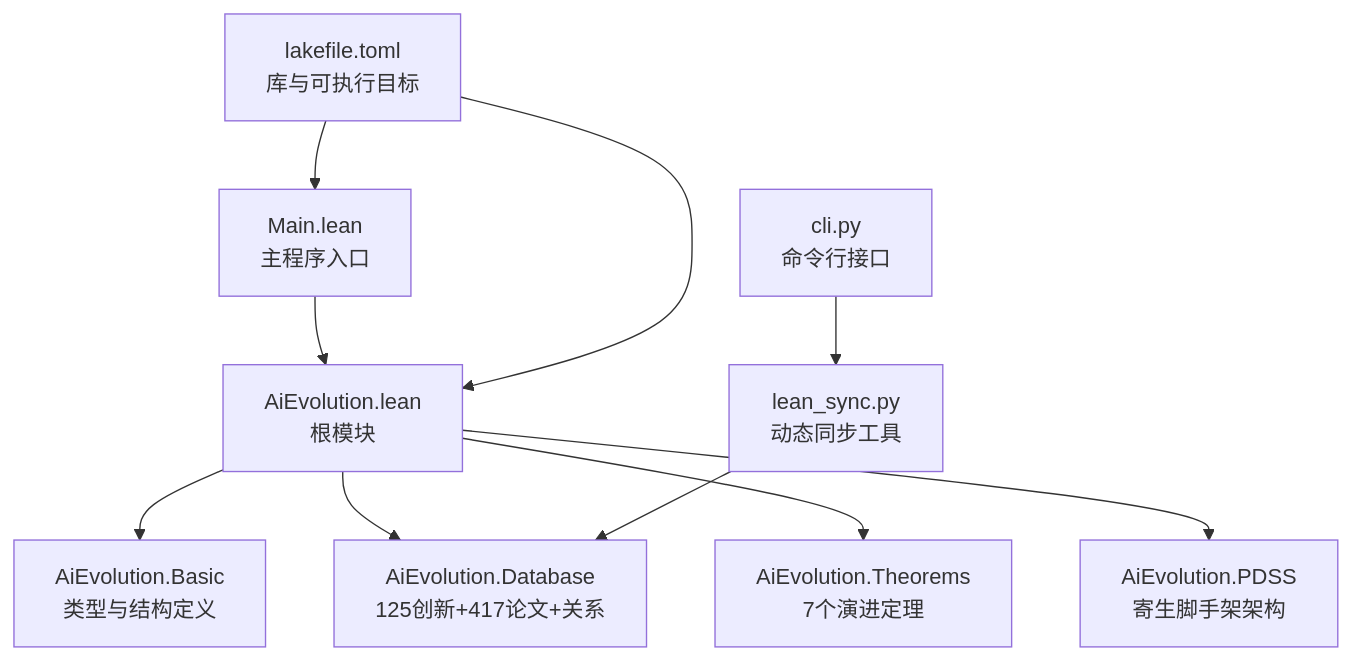
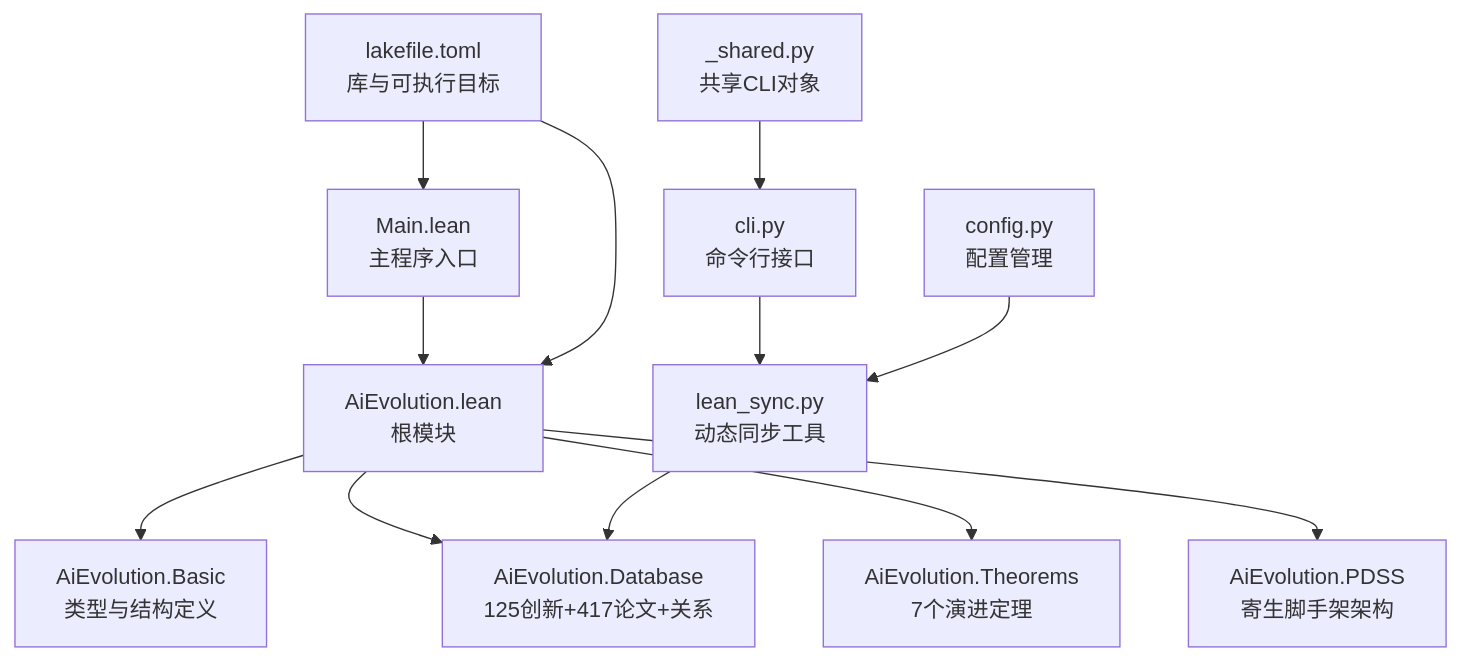
Before and after one commit to 1173591564/academic-based-qoder: the first of 10 diagrams in .qoder/repowiki/zh/content/Lean4形式化系统/Lean4形式化系统.md, drawn with Mermaid. The commit also changed other lines of this file and 37 other files, not shown here.

````diff
--- a/.qoder/repowiki/zh/content/Lean4形式化系统/Lean4形式化系统.md
+++ b/.qoder/repowiki/zh/content/Lean4形式化系统/Lean4形式化系统.md
@@ -50,12 +57,14 @@
 ```mermaid
 graph TB
 A["AiEvolution.lean<br/>根模块"] --> B["AiEvolution.Basic<br/>类型与结构定义"]
 A --> C["AiEvolution.Database<br/>125创新+417论文+关系"]
 A --> D["AiEvolution.Theorems<br/>7个演进定理"]
 A --> E["AiEvolution.PDSS<br/>寄生脚手架架构"]
 F["Main.lean<br/>主程序入口"] --> A
 G["lakefile.toml<br/>库与可执行目标"] --> A
 G --> F
 H["lean_sync.py<br/>动态同步工具"] --> C
 I["cli.py<br/>命令行接口"] --> H
+J["_shared.py<br/>共享CLI对象"] --> I
+K["config.py<br/>配置管理"] --> H
 ```
````
